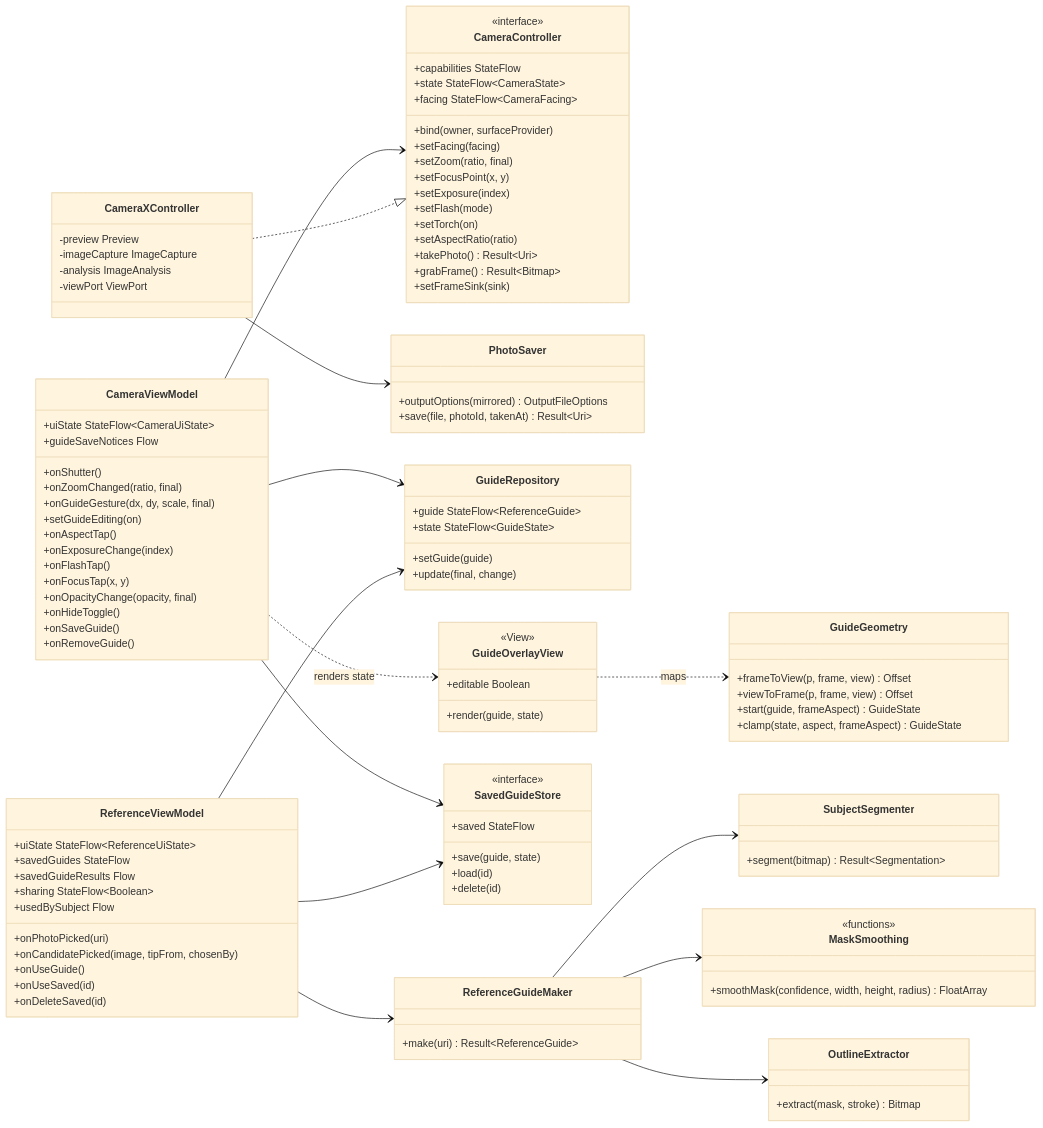
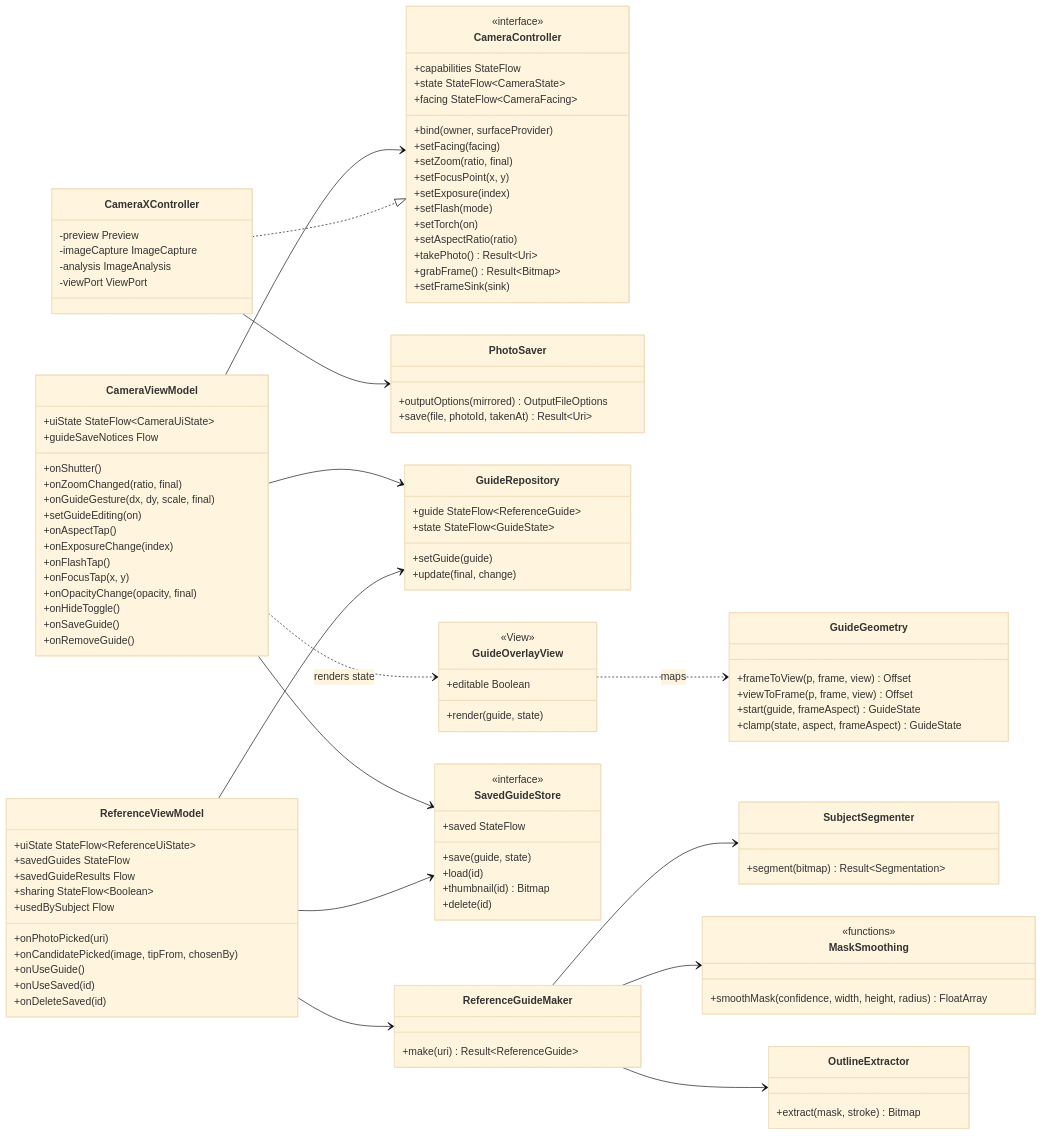
The sixth of 12 diagrams in wiki/Design-Documentation.md (snuhcs-course/swpp-2026-project-team-10), drawn with Mermaid (base theme) before and after one commit. The commit also changed other lines of this file and 43 other files, not shown here.

```diff
--- a/wiki/Design-Documentation.md
+++ b/wiki/Design-Documentation.md
@@ -616,6 +623,7 @@
     +saved StateFlow
     +save(guide, state)
     +load(id)
+    +thumbnail(id) Bitmap
     +delete(id)
   }
   class GuideGeometry {
```
